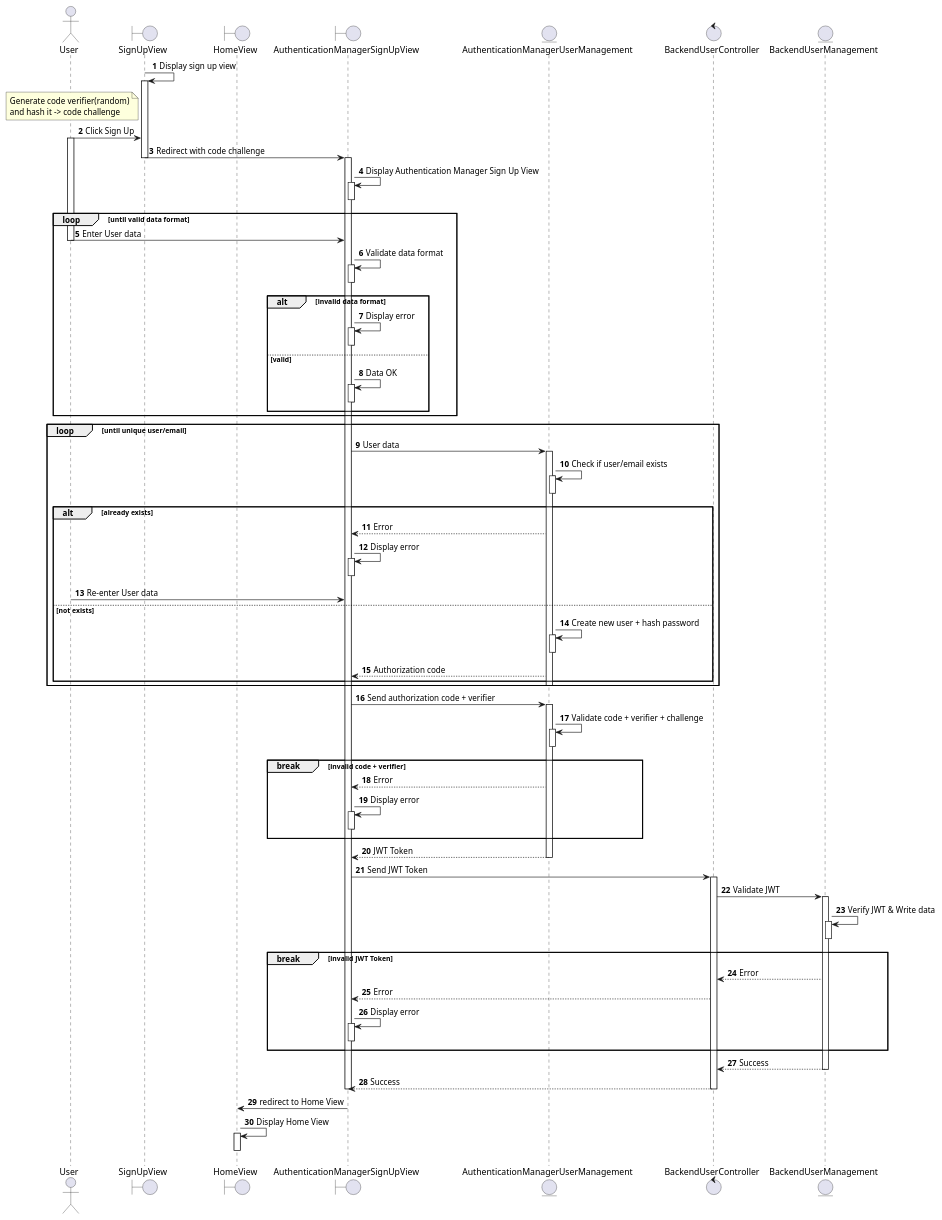
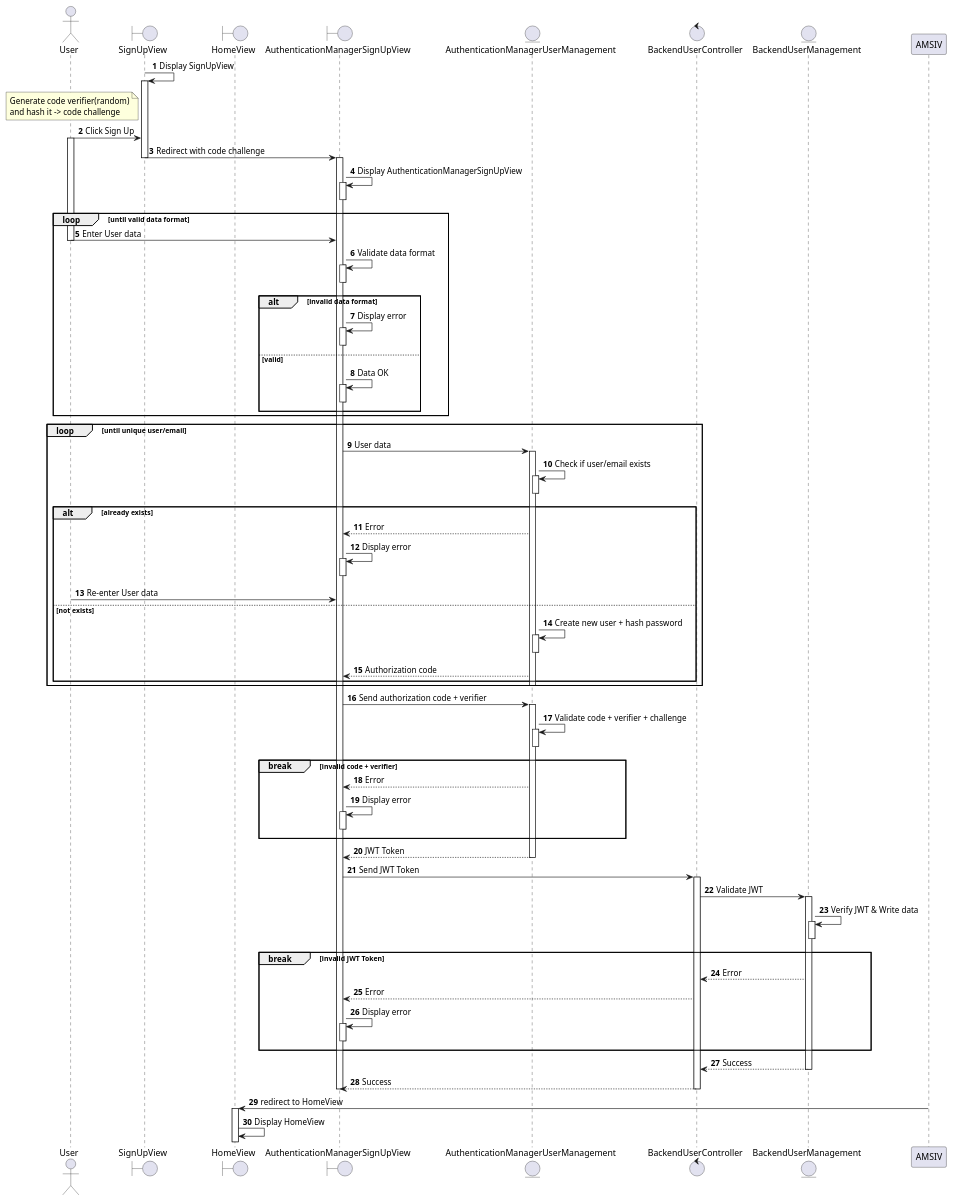
The diagram in docs/docs/sequence/auth/sign-up.md (electricilies/electricilies.github.io), drawn with PlantUML before and after one commit. The commit also changed 7 other files, not shown here.

Commit message:
fix(sequence): some messes from @NTGNguyen and new view-suggested-product, view-product-detail

````diff
--- a/docs/docs/sequence/auth/sign-up.md
+++ b/docs/docs/sequence/auth/sign-up.md
@@ -13,7 +13,7 @@
 control BackendUserController as BUC
 entity BackendUserManagement as BUM
 
-SUV -> SUV: Display sign up view
+SUV -> SUV: Display SignUpView
 activate SUV
 note left of SUV: Generate code verifier(random)\nand hash it -> code challenge
 U -> SUV: Click Sign Up
@@ -21,7 +21,7 @@
 SUV -> AMSUV: Redirect with code challenge
 deactivate SUV
 activate AMSUV
-AMSUV -> AMSUV: Display Authentication Manager Sign Up View
+AMSUV -> AMSUV: Display AuthenticationManagerSignUpView
 activate AMSUV
 deactivate AMSUV
 
@@ -106,11 +106,11 @@
 AMSUV <-- BUC: Success
 deactivate BUC
 deactivate AMSUV
-HV<-AMSUV: redirect to Home View
-deactivate AMSUV
-HV -> HV: Display Home View
+HV <- AMSIV: redirect to HomeView
+deactivate AMSIV
 activate HV
 deactivate HV
+HV -> HV: Display HomeView
 
 @enduml
 ```
````
